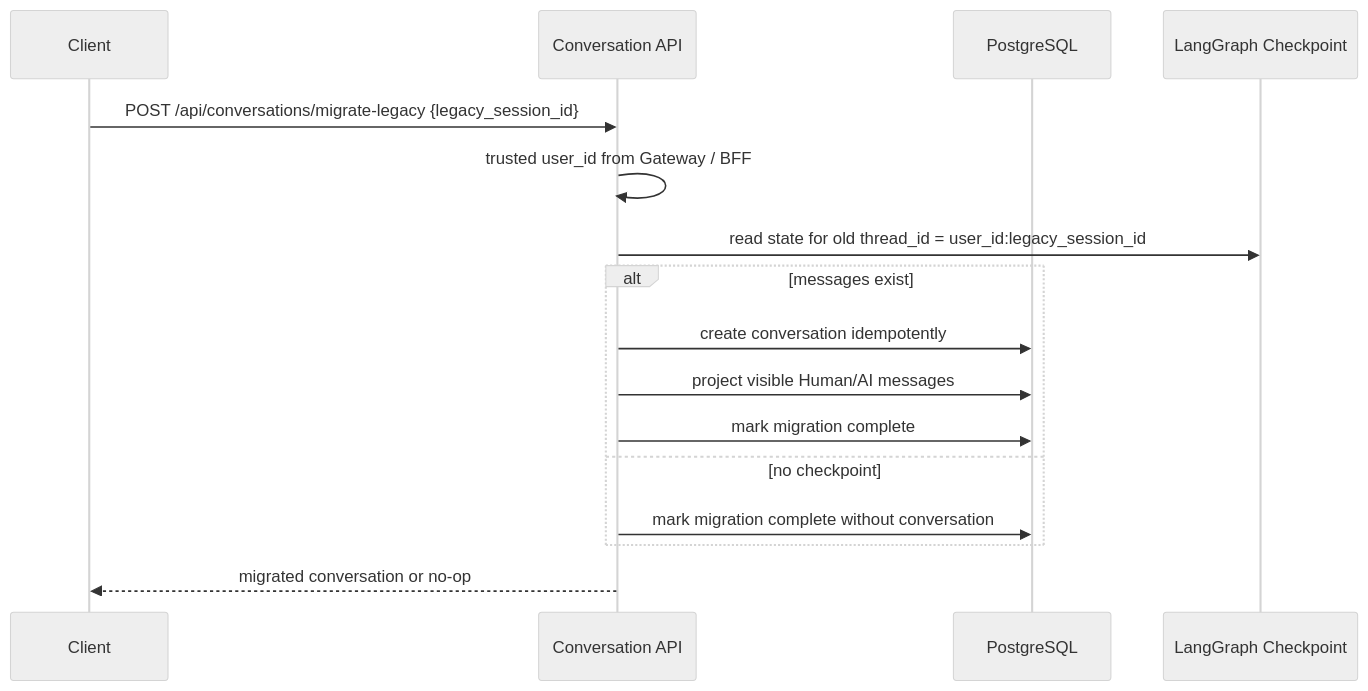
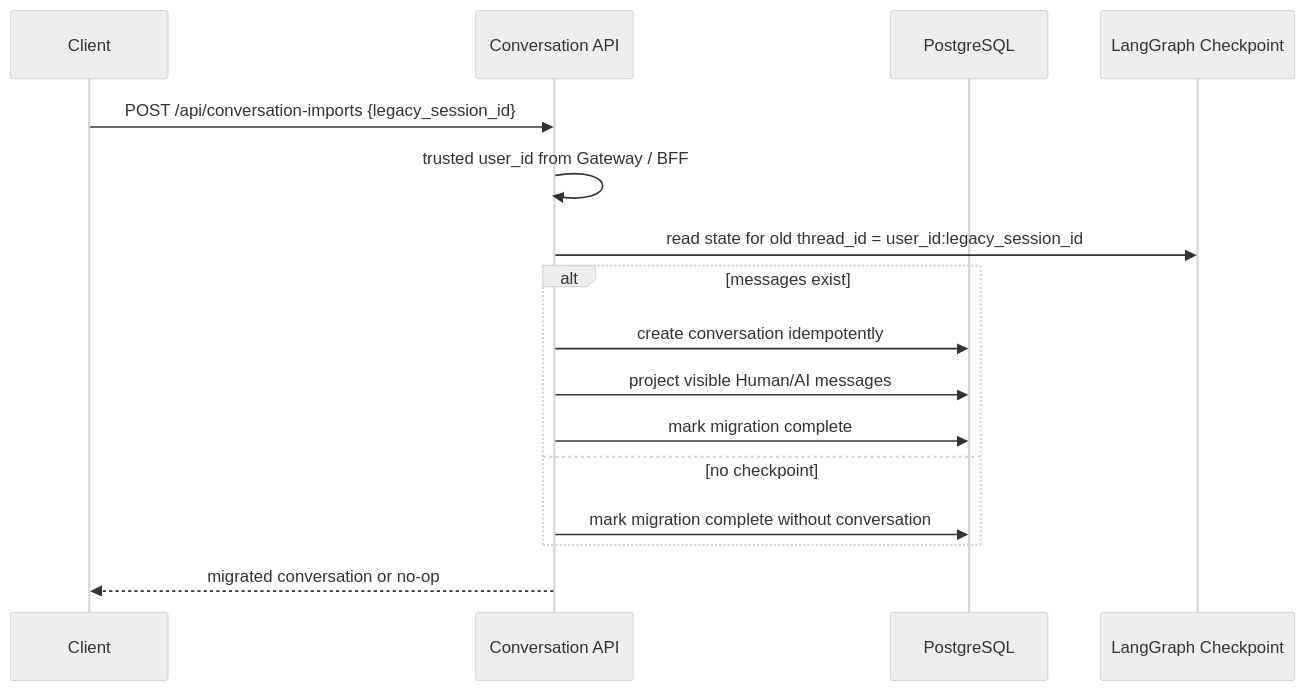
Before and after one commit to T-1009/personal-assistant: the third of 4 diagrams in personal-assistant-meta/issues/features/feature-14-multi-session-runtime-prewarm/plan.md, drawn with Mermaid (neutral theme). The commit also changed other lines of this file and 2 other files, not shown here.

First line of the commit message:
docs: rename and restructure API endpoints, enforce snake_case wire contract, and clarify Control Plane/BFF boundaries for multi-session runtime prewarm

````diff
--- a/personal-assistant-meta/issues/features/feature-14-multi-session-runtime-prewarm/plan.md
+++ b/personal-assistant-meta/issues/features/feature-14-multi-session-runtime-prewarm/plan.md
@@ -395,19 +395,19 @@
 ```mermaid
 sequenceDiagram
     participant UI as Client
     participant API as Conversation API
     participant DB as PostgreSQL
     participant CP as LangGraph Checkpoint
 
-    UI->>API: POST /api/conversations/migrate-legacy {legacy_session_id}
+    UI->>API: POST /api/conversation-imports {legacy_session_id}
     API->>API: trusted user_id from Gateway / BFF
     API->>CP: read state for old thread_id = user_id:legacy_session_id
     alt messages exist
         API->>DB: create conversation idempotently
         API->>DB: project visible Human/AI messages
         API->>DB: mark migration complete
     else no checkpoint
         API->>DB: mark migration complete without conversation
     end
     API-->>UI: migrated conversation or no-op
 ```
````
